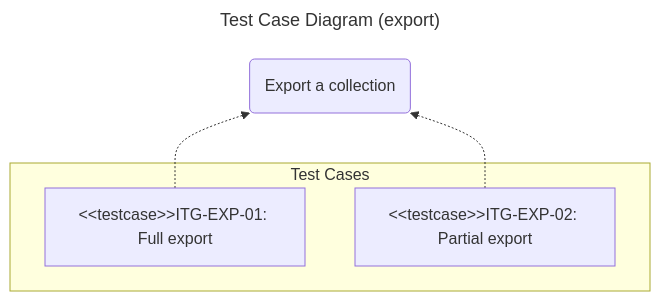
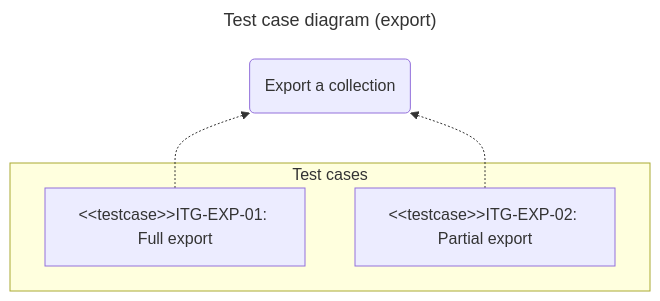
One commit to chromiodev/chromie-tool changed the second of 3 diagrams in docs/spec/tests/integration.en.md. Above: the diagram before and after it, drawn with Mermaid. The commit also changed other lines of this file and 8 other files, not shown here.

````diff
--- a/docs/spec/tests/integration.en.md
+++ b/docs/spec/tests/integration.en.md
@@ -87,18 +87,18 @@
 ```mermaid
 ---
-title: Test Case Diagram (export)
+title: Test case diagram (export)
 config:
 ---
 
 graph BT
   %% use cases
   exportColl@{ shape: "rounded", label: "Export a collection" }
 
-  subgraph "Test Cases"
+  subgraph "Test cases"
     exportFullColl@{ scope="rounded", label: "#lt;#lt;testcase>>ITG-EXP-01: Full export" }
     exportPartialColl@{ scope="rounded", label: "#lt;#lt;testcase>>ITG-EXP-02: Partial export" }
   end
 
   exportFullColl -.-> exportColl
   exportPartialColl -.-> exportColl
 ```
````
